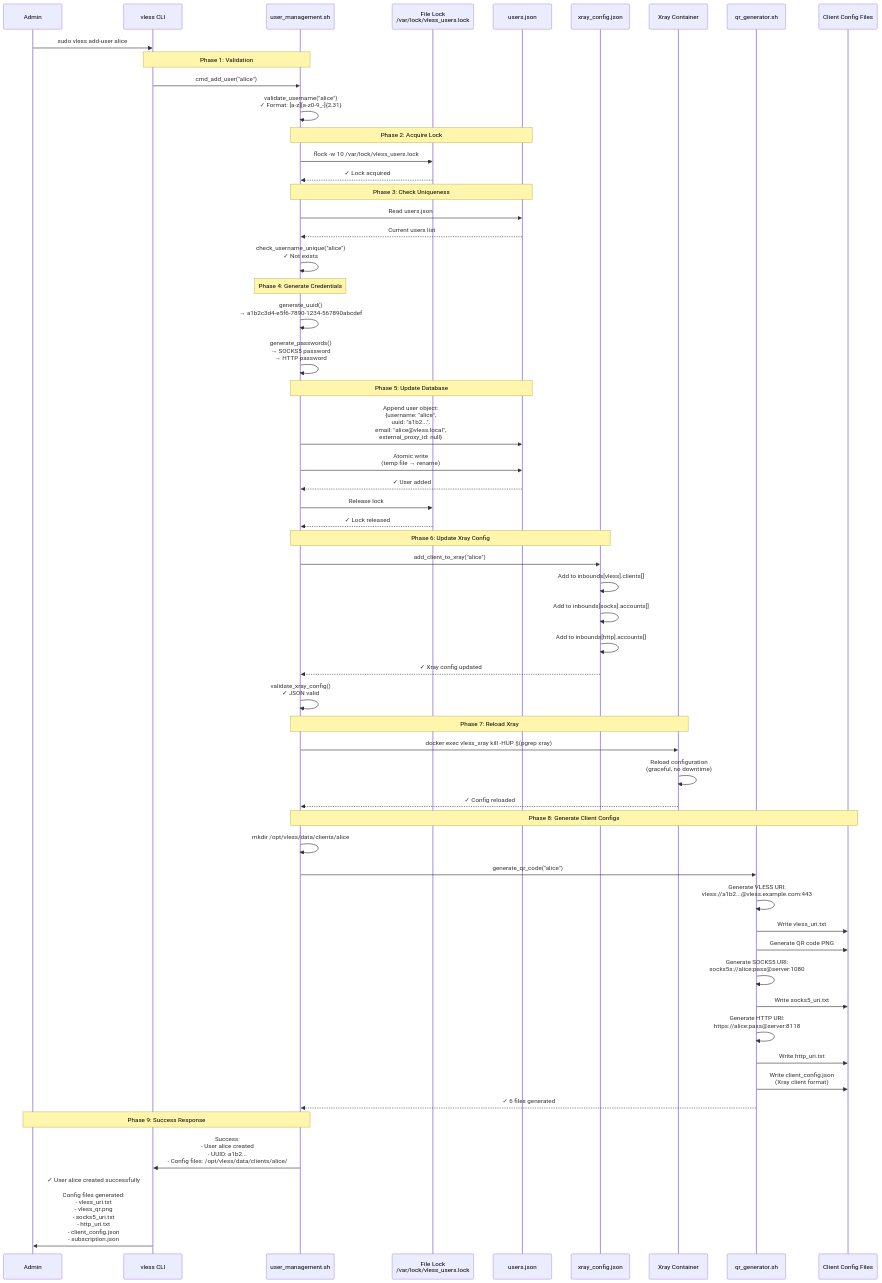
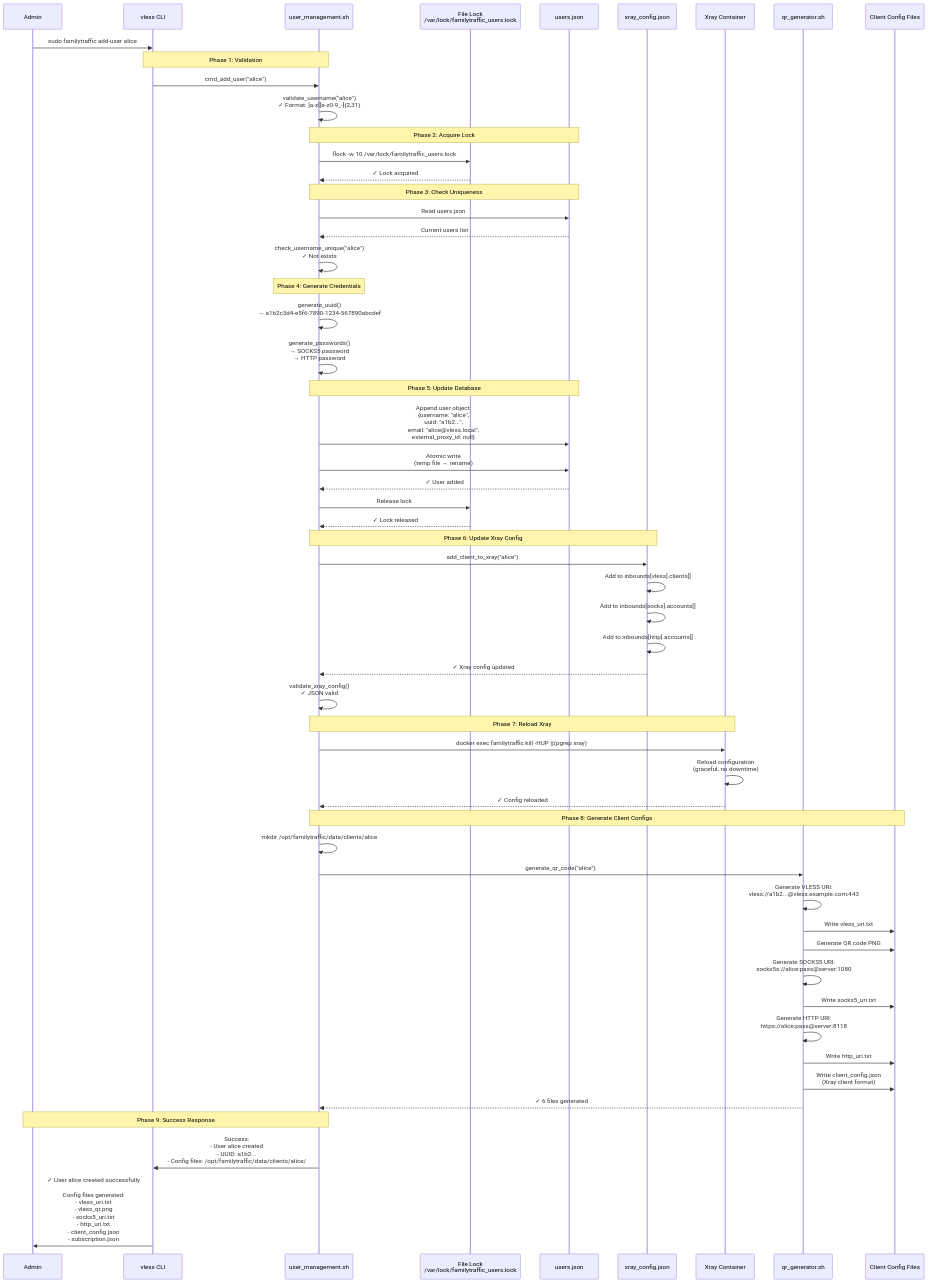
The first of 8 diagrams in docs/architecture/diagrams/sequences/user-management.md (ikeniborn/vless), drawn with Mermaid before and after one commit. The commit also changed other lines of this file and 66 other files, not shown here.

First line of the commit message:
refactor(rename): replace old project name 'vless' with 'familytraffic'

````diff
--- a/docs/architecture/diagrams/sequences/user-management.md
+++ b/docs/architecture/diagrams/sequences/user-management.md
@@ -18,82 +18,82 @@
 ```mermaid
 sequenceDiagram
     participant Admin
     participant CLI as vless CLI
     participant UserMgmt as user_management.sh
-    participant Lock as File Lock<br/>/var/lock/vless_users.lock
+    participant Lock as File Lock<br/>/var/lock/familytraffic_users.lock
     participant UsersDB as users.json
     participant XrayConfig as xray_config.json
     participant Xray as Xray Container
     participant QRGen as qr_generator.sh
     participant ClientFiles as Client Config Files
 
-    Admin->>CLI: sudo vless add-user alice
+    Admin->>CLI: sudo familytraffic add-user alice
 
     Note over CLI,UserMgmt: Phase 1: Validation
 
     CLI->>UserMgmt: cmd_add_user("alice")
     UserMgmt->>UserMgmt: validate_username("alice")<br/>✓ Format: [a-z][a-z0-9_-]{2,31}
 
     Note over UserMgmt,UsersDB: Phase 2: Acquire Lock
 
-    UserMgmt->>Lock: flock -w 10 /var/lock/vless_users.lock
+    UserMgmt->>Lock: flock -w 10 /var/lock/familytraffic_users.lock
     Lock-->>UserMgmt: ✓ Lock acquired
 
     Note over UserMgmt,UsersDB: Phase 3: Check Uniqueness
 
     UserMgmt->>UsersDB: Read users.json
     UsersDB-->>UserMgmt: Current users list
     UserMgmt->>UserMgmt: check_username_unique("alice")<br/>✓ Not exists
 
     Note over UserMgmt: Phase 4: Generate Credentials
 
     UserMgmt->>UserMgmt: generate_uuid()<br/>→ a1b2c3d4-e5f6-7890-1234-567890abcdef
     UserMgmt->>UserMgmt: generate_passwords()<br/>→ SOCKS5 password<br/>→ HTTP password
 
     Note over UserMgmt,UsersDB: Phase 5: Update Database
 
     UserMgmt->>UsersDB: Append user object:<br/>{username: "alice",<br/> uuid: "a1b2...",<br/> email: "alice@vless.local",<br/> external_proxy_id: null}
 
     UserMgmt->>UsersDB: Atomic write<br/>(temp file → rename)
     UsersDB-->>UserMgmt: ✓ User added
 
     UserMgmt->>Lock: Release lock
     Lock-->>UserMgmt: ✓ Lock released
 
     Note over UserMgmt,XrayConfig: Phase 6: Update Xray Config
 
     UserMgmt->>XrayConfig: add_client_to_xray("alice")
     XrayConfig->>XrayConfig: Add to inbounds[vless].clients[]
     XrayConfig->>XrayConfig: Add to inbounds[socks].accounts[]
     XrayConfig->>XrayConfig: Add to inbounds[http].accounts[]
     XrayConfig-->>UserMgmt: ✓ Xray config updated
 
     UserMgmt->>UserMgmt: validate_xray_config()<br/>✓ JSON valid
 
     Note over UserMgmt,Xray: Phase 7: Reload Xray
 
-    UserMgmt->>Xray: docker exec vless_xray kill -HUP $(pgrep xray)
+    UserMgmt->>Xray: docker exec familytraffic kill -HUP $(pgrep xray)
     Xray->>Xray: Reload configuration<br/>(graceful, no downtime)
     Xray-->>UserMgmt: ✓ Config reloaded
 
     Note over UserMgmt,ClientFiles: Phase 8: Generate Client Configs
 
-    UserMgmt->>UserMgmt: mkdir /opt/vless/data/clients/alice
+    UserMgmt->>UserMgmt: mkdir /opt/familytraffic/data/clients/alice
     UserMgmt->>QRGen: generate_qr_code("alice")
 
     QRGen->>QRGen: Generate VLESS URI:<br/>vless://a1b2...@vless.example.com:443
     QRGen->>ClientFiles: Write vless_uri.txt
     QRGen->>ClientFiles: Generate QR code PNG
     QRGen->>QRGen: Generate SOCKS5 URI:<br/>socks5s://alice:pass@server:1080
     QRGen->>ClientFiles: Write socks5_uri.txt
     QRGen->>QRGen: Generate HTTP URI:<br/>https://alice:pass@server:8118
     QRGen->>ClientFiles: Write http_uri.txt
     QRGen->>ClientFiles: Write client_config.json<br/>(Xray client format)
 
     QRGen-->>UserMgmt: ✓ 6 files generated
 
     Note over UserMgmt,Admin: Phase 9: Success Response
 
-    UserMgmt->>CLI: Success:<br/>- User alice created<br/>- UUID: a1b2...<br/>- Config files: /opt/vless/data/clients/alice/
+    UserMgmt->>CLI: Success:<br/>- User alice created<br/>- UUID: a1b2...<br/>- Config files: /opt/familytraffic/data/clients/alice/
     CLI->>Admin: ✓ User alice created successfully<br/><br/>Config files generated:<br/> - vless_uri.txt<br/> - vless_qr.png<br/> - socks5_uri.txt<br/> - http_uri.txt<br/> - client_config.json<br/> - subscription.json
 ```
````
